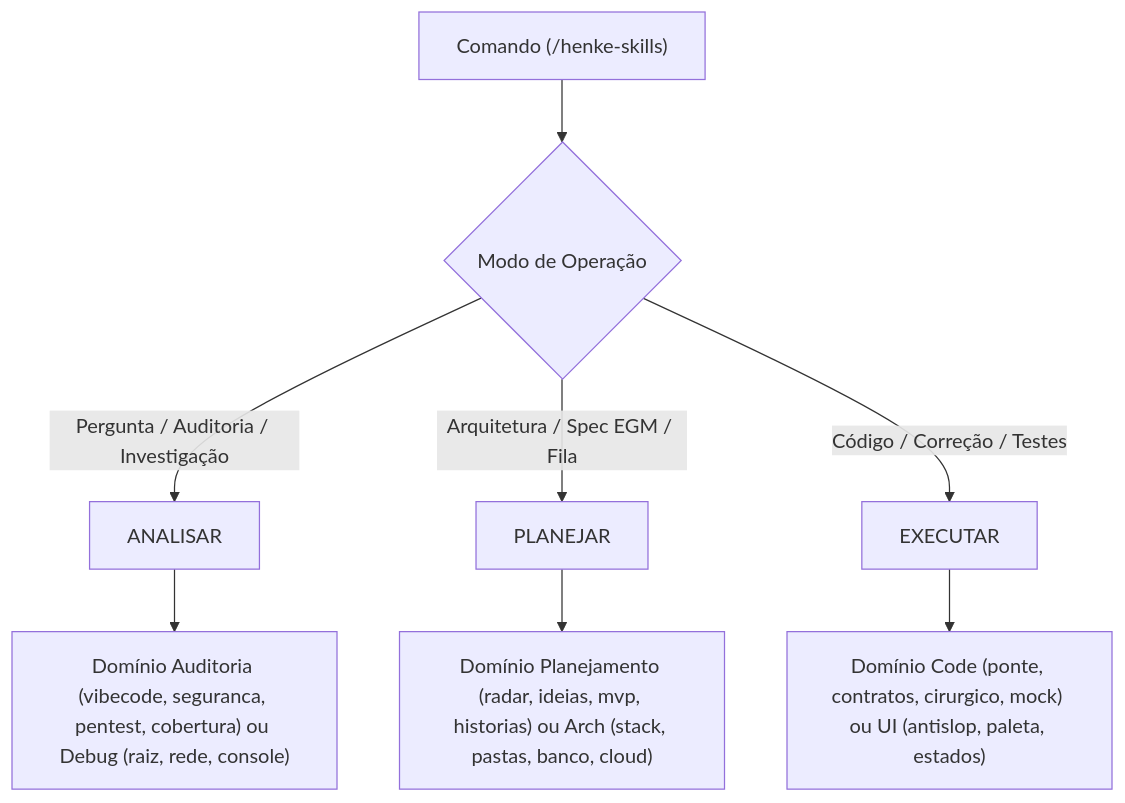
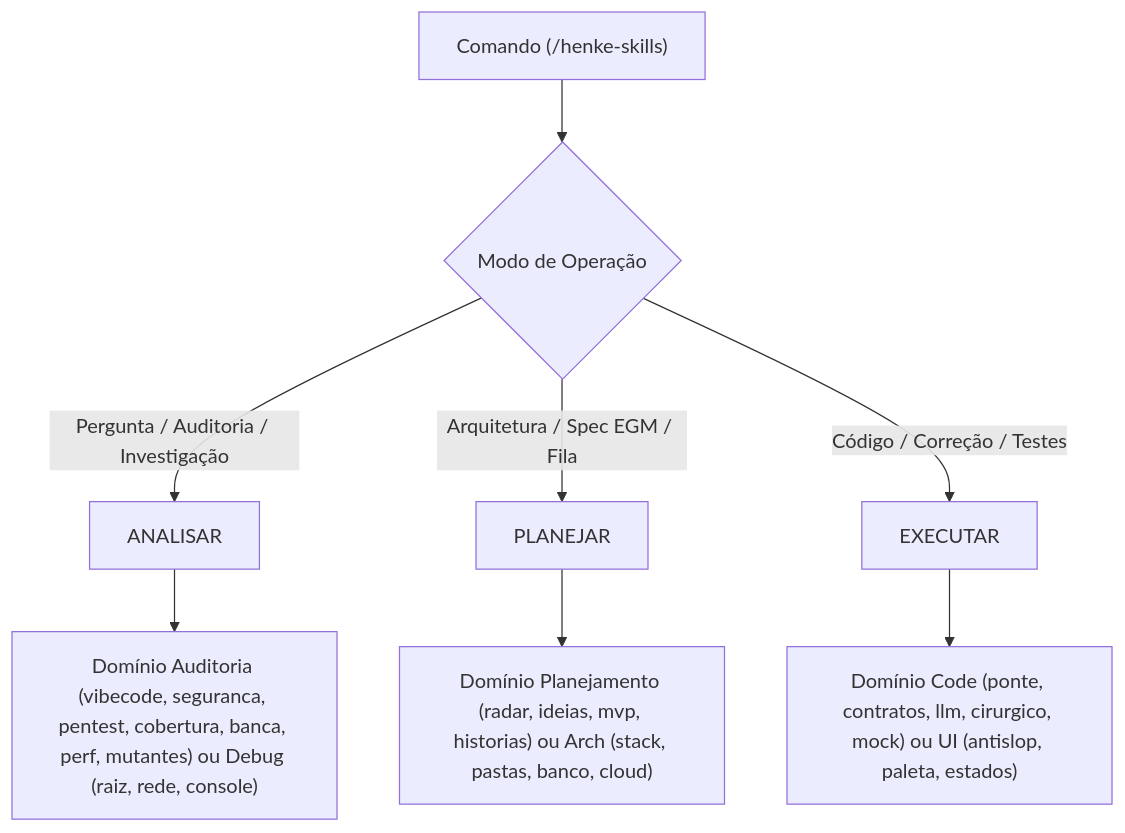
One commit to erickhenke2-eng/henke-skills-vibecoding changed the diagram in henke-skills/SKILL.md. Above: the diagram before and after it, drawn with Mermaid. The commit also changed other lines of this file and 36 other files, not shown here.

````diff
--- a/henke-skills/SKILL.md
+++ b/henke-skills/SKILL.md
@@ -58,11 +58,11 @@
 ```mermaid
 flowchart TD
     U["Comando (/henke-skills)"] --> M{"Modo de Operação"}
     M -->|"Pergunta / Auditoria / Investigação"| MA["ANALISAR"]
     M -->|"Arquitetura / Spec EGM / Fila"| MP["PLANEJAR"]
     M -->|"Código / Correção / Testes"| ME["EXECUTAR"]
 
-    MA --> D_AUD["Domínio Auditoria (vibecode, seguranca, pentest, cobertura) ou Debug (raiz, rede, console)"]
+    MA --> D_AUD["Domínio Auditoria (vibecode, seguranca, pentest, cobertura, banca, perf, mutantes) ou Debug (raiz, rede, console)"]
     MP --> D_PLAN["Domínio Planejamento (radar, ideias, mvp, historias) ou Arch (stack, pastas, banco, cloud)"]
-    ME --> D_CODE["Domínio Code (ponte, contratos, cirurgico, mock) ou UI (antislop, paleta, estados)"]
+    ME --> D_CODE["Domínio Code (ponte, contratos, llm, cirurgico, mock) ou UI (antislop, paleta, estados)"]
 ```
````
